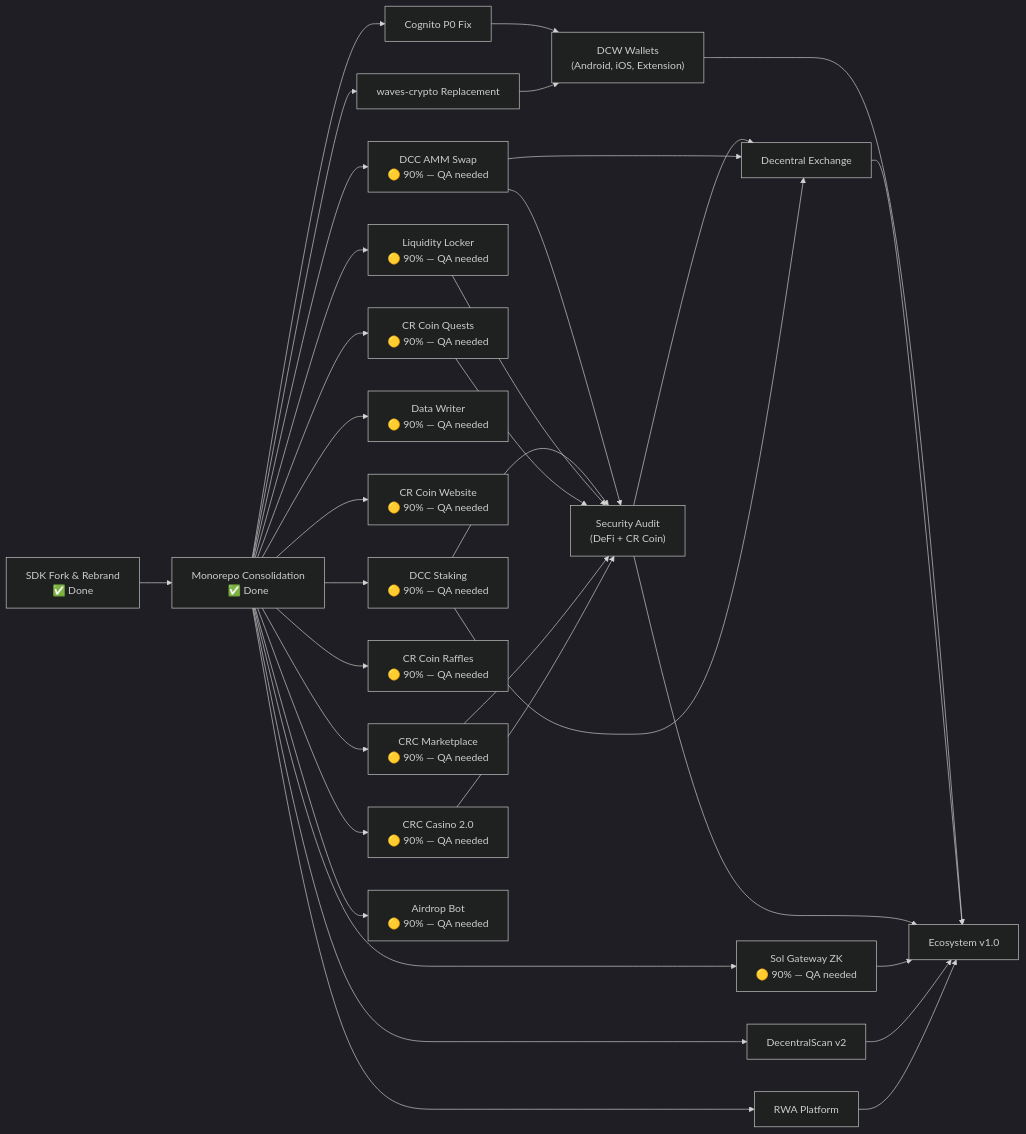
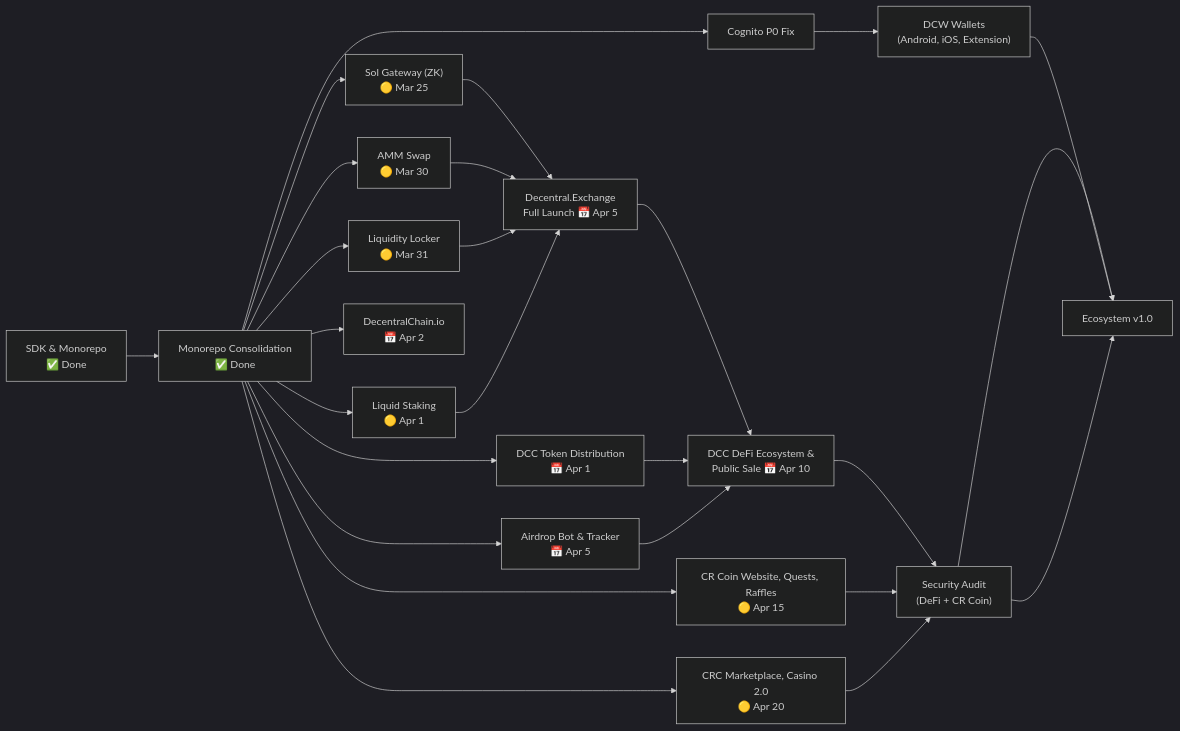
One commit to 33imattei33/roadmap-project changed the fifth of 11 diagrams in ROADMAP.md. Above: the diagram before and after it, drawn with Mermaid (dark theme). The commit also changed other lines of this file, not shown here.

First line of the commit message:
docs: rewrite roadmap with Phase 2/3 deadlines and remove upstream references

````diff
--- a/ROADMAP.md
+++ b/ROADMAP.md
@@ -213,43 +215,35 @@
 ```mermaid
 flowchart LR
-    A["SDK Fork & Rebrand<br/>✅ Done"] --> B["Monorepo Consolidation<br/>✅ Done"]
+    A["SDK & Monorepo<br/>✅ Done"] --> B["Monorepo Consolidation<br/>✅ Done"]
     B --> C["Cognito P0 Fix"]
-    B --> D["waves-crypto Replacement"]
 
     C --> E["DCW Wallets<br/>(Android, iOS, Extension)"]
-    D --> E
 
-    B --> F["DCC AMM Swap<br/>🟡 90% — QA needed"]
-    B --> G["DCC Staking<br/>🟡 90% — QA needed"]
-    B --> H["Liquidity Locker<br/>🟡 90% — QA needed"]
-    B --> I["Sol Gateway ZK<br/>🟡 90% — QA needed"]
-    B --> J["Data Writer<br/>🟡 90% — QA needed"]
+    B --> F["Sol Gateway (ZK)<br/>🟡 Mar 25"]
+    B --> G["AMM Swap<br/>🟡 Mar 30"]
+    B --> H["Liquidity Locker<br/>🟡 Mar 31"]
+    B --> I["DCC Token Distribution<br/>📅 Apr 1"]
+    B --> J["Liquid Staking<br/>🟡 Apr 1"]
+    B --> K["DecentralChain.io<br/>📅 Apr 2"]
+    B --> L["Airdrop Bot & Tracker<br/>📅 Apr 5"]
 
-    B --> K["CR Coin Website<br/>🟡 90% — QA needed"]
-    B --> L["CR Coin Quests<br/>🟡 90% — QA needed"]
-    B --> M["CR Coin Raffles<br/>🟡 90% — QA needed"]
-    B --> N["CRC Marketplace<br/>🟡 90% — QA needed"]
-    B --> O["CRC Casino 2.0<br/>🟡 90% — QA needed"]
-    B --> P["Airdrop Bot<br/>🟡 90% — QA needed"]
+    F --> M["Decentral.Exchange<br/>Full Launch 📅 Apr 5"]
+    G --> M
+    H --> M
+    J --> M
 
-    F --> Q["Security Audit<br/>(DeFi + CR Coin)"]
-    G --> Q
-    H --> Q
-    L --> Q
-    N --> Q
+    M --> N["DCC DeFi Ecosystem &<br/>Public Sale 📅 Apr 10"]
+    I --> N
+    L --> N
+
+    B --> O["CR Coin Website, Quests, Raffles<br/>🟡 Apr 15"]
+    B --> P["CRC Marketplace, Casino 2.0<br/>🟡 Apr 20"]
+
+    N --> Q["Security Audit<br/>(DeFi + CR Coin)"]
     O --> Q
+    P --> Q
 
-    Q --> R["Decentral Exchange"]
-    F --> R
-    G --> R
-
-    E --> S["Ecosystem v1.0"]
-    R --> S
-    Q --> S
-    I --> S
-
-    B --> T["DecentralScan v2"]
-    T --> S
-    B --> U["RWA Platform"]
-    U --> S
+    Q --> R["Ecosystem v1.0"]
+    E --> R
+    Q --> R
 ```
````
